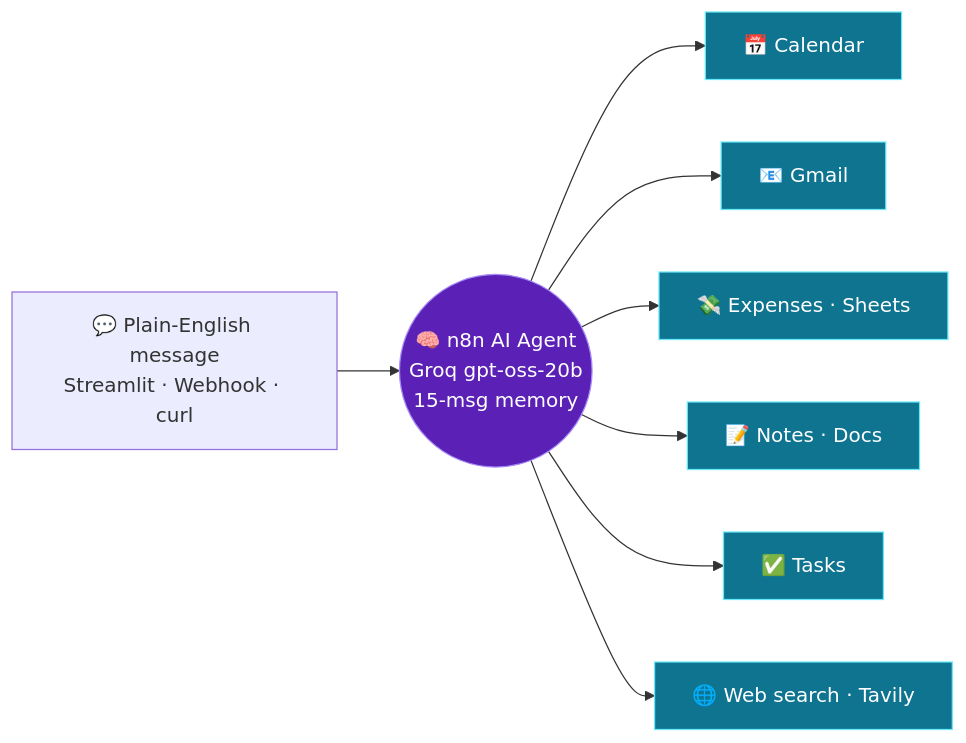
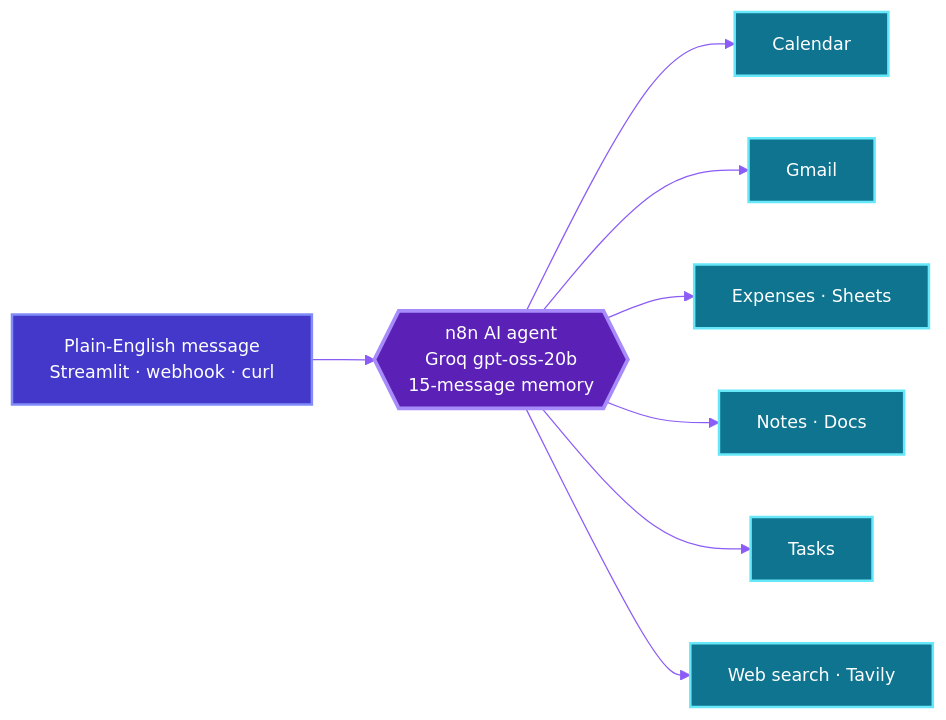
Before and after one commit to Harjotsingh0311/Harjotsingh0311: the fourth of 5 diagrams in README.md, drawn with Mermaid. The commit also changed other lines of this file, not shown here.

````diff
--- a/README.md
+++ b/README.md
@@ -197,15 +254,18 @@
 ```mermaid
+%%{init: {"theme": "base", "themeVariables": {"fontFamily": "ui-monospace, SFMono-Regular, Menlo, monospace", "fontSize": "14px", "primaryColor": "#5b21b6", "primaryTextColor": "#ffffff", "primaryBorderColor": "#a78bfa", "lineColor": "#8b5cf6", "textColor": "#ffffff", "titleColor": "#ffffff", "nodeTextColor": "#ffffff", "tertiaryTextColor": "#ffffff", "clusterBkg": "#1e1b4b", "clusterBorder": "#6d28d9", "edgeLabelBackground": "#312e81"}}}%%
 flowchart LR
-    U["💬 Plain-English message<br/>Streamlit · Webhook · curl"] --> A(("🧠 n8n AI Agent<br/>Groq gpt-oss-20b<br/>15-msg memory"))
-    A --> C["📅 Calendar"]
-    A --> G["📧 Gmail"]
-    A --> S["💸 Expenses · Sheets"]
-    A --> D["📝 Notes · Docs"]
-    A --> T["✅ Tasks"]
-    A --> W["🌐 Web search · Tavily"]
+    U["Plain-English message<br/>Streamlit · webhook · curl"] --> AG{{"n8n AI agent<br/>Groq gpt-oss-20b<br/>15-message memory"}}
+    AG --> C["Calendar"]
+    AG --> G["Gmail"]
+    AG --> S["Expenses · Sheets"]
+    AG --> D["Notes · Docs"]
+    AG --> T["Tasks"]
+    AG --> W["Web search · Tavily"]
 
-    classDef hub fill:#5b21b6,stroke:#a78bfa,color:#ffffff;
-    classDef tool fill:#0e7490,stroke:#67e8f9,color:#ffffff;
-    class A hub;
-    class C,G,S,D,T,W tool;
+    classDef input fill:#4338ca,stroke:#818cf8,stroke-width:2px,color:#ffffff
+    classDef hub fill:#5b21b6,stroke:#a78bfa,stroke-width:3px,color:#ffffff
+    classDef tool fill:#0e7490,stroke:#67e8f9,stroke-width:2px,color:#ffffff
+    class U input
+    class AG hub
+    class C,G,S,D,T,W tool
 ```
````
